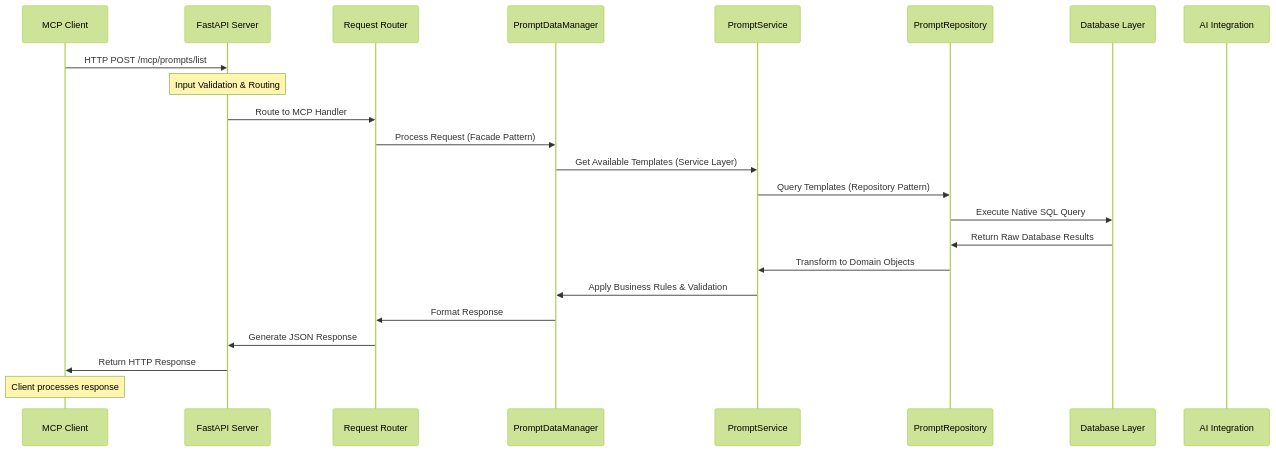
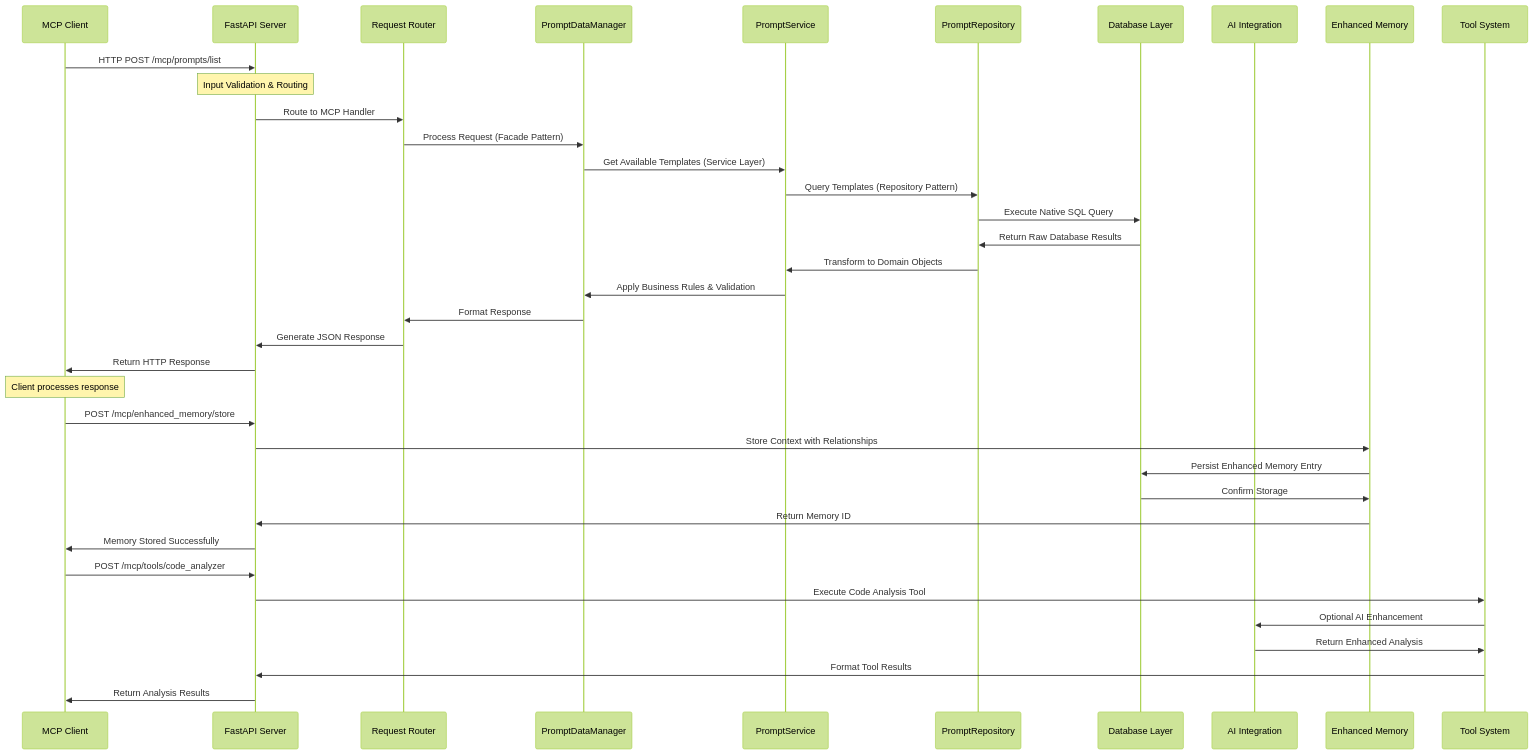
One commit to shennawardana23/mcp-go-py changed the first of 18 diagrams in documents/flow-control.md. Above: the diagram before and after it, drawn with Mermaid. The commit also changed 18 other files, not shown here.

Commit message:
feat: add enhanced mcp capabilities with memory system and advanced tools

````diff
--- a/documents/flow-control.md
+++ b/documents/flow-control.md
@@ -11,32 +11,50 @@
 ```mermaid
 ---
 config:
   layout: elk
   theme: forest
 ---
 sequenceDiagram
     participant C as MCP Client
     participant F as FastAPI Server
     participant R as Request Router
     participant PM as PromptDataManager
     participant PS as PromptService
     participant PR as PromptRepository
     participant DB as Database Layer
     participant A as AI Integration
+    participant M as Enhanced Memory
+    participant T as Tool System
 
     C->>F: HTTP POST /mcp/prompts/list
     Note over F: Input Validation & Routing
     F->>R: Route to MCP Handler
     R->>PM: Process Request (Facade Pattern)
     PM->>PS: Get Available Templates (Service Layer)
     PS->>PR: Query Templates (Repository Pattern)
     PR->>DB: Execute Native SQL Query
     DB->>PR: Return Raw Database Results
     PR->>PS: Transform to Domain Objects
     PS->>PM: Apply Business Rules & Validation
     PM->>R: Format Response
     R->>F: Generate JSON Response
     F->>C: Return HTTP Response
 
     Note over C: Client processes response
+
+    %% Enhanced Memory Flow
+    C->>F: POST /mcp/enhanced_memory/store
+    F->>M: Store Context with Relationships
+    M->>DB: Persist Enhanced Memory Entry
+    DB->>M: Confirm Storage
+    M->>F: Return Memory ID
+    F->>C: Memory Stored Successfully
+
+    %% Advanced Tool Execution Flow
+    C->>F: POST /mcp/tools/code_analyzer
+    F->>T: Execute Code Analysis Tool
+    T->>A: Optional AI Enhancement
+    A->>T: Return Enhanced Analysis
+    T->>F: Format Tool Results
+    F->>C: Return Analysis Results
 ```
````
